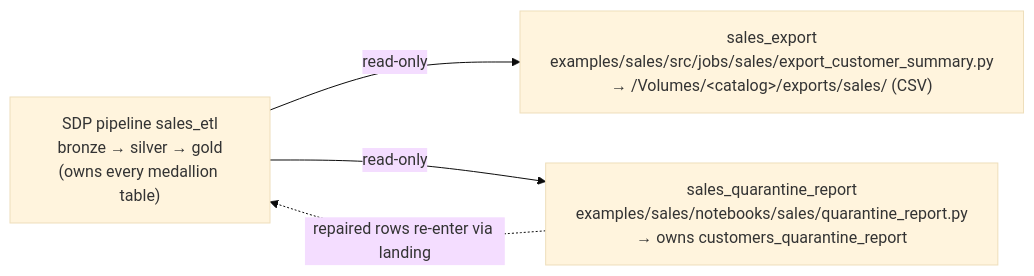
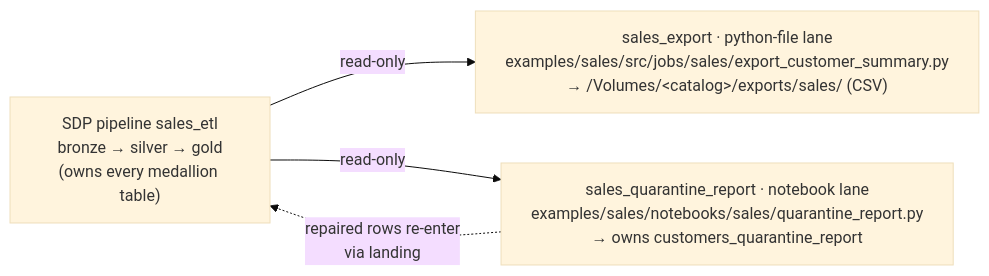
The second of 5 diagrams in docs/ARCHITECTURE.md (Vegash09/Demo_Lab), drawn with Mermaid (base theme) before and after one commit. The commit also changed other lines of this file and 4 other files, not shown here.

Commit message:
docs: restructure README + docs/ with integrated architecture diagrams

````diff
--- a/docs/ARCHITECTURE.md
+++ b/docs/ARCHITECTURE.md
@@ -27,7 +37,7 @@
 ```mermaid
 flowchart LR
-    PL["SDP pipeline sales_etl\nbronze → silver → gold\n(owns every medallion table)"]
-    PL -->|read-only| EXP["sales_export\nexamples/sales/src/jobs/sales/export_customer_summary.py\n→ /Volumes/&lt;catalog&gt;/exports/sales/ (CSV)"]
-    PL -->|read-only| QR["sales_quarantine_report\nexamples/sales/notebooks/sales/quarantine_report.py\n→ owns customers_quarantine_report"]
-    QR -.->|repaired rows re-enter via landing| PL
+    PL["SDP pipeline sales_etl<br/>bronze → silver → gold<br/>(owns every medallion table)"]
+    PL -->|read-only| EXP["sales_export · python-file lane<br/>examples/sales/src/jobs/sales/export_customer_summary.py<br/>→ /Volumes/&lt;catalog&gt;/exports/sales/ (CSV)"]
+    PL -->|read-only| QR["sales_quarantine_report · notebook lane<br/>examples/sales/notebooks/sales/quarantine_report.py<br/>→ owns customers_quarantine_report"]
+    QR -.->|"repaired rows re-enter<br/>via landing"| PL
 ```
````
